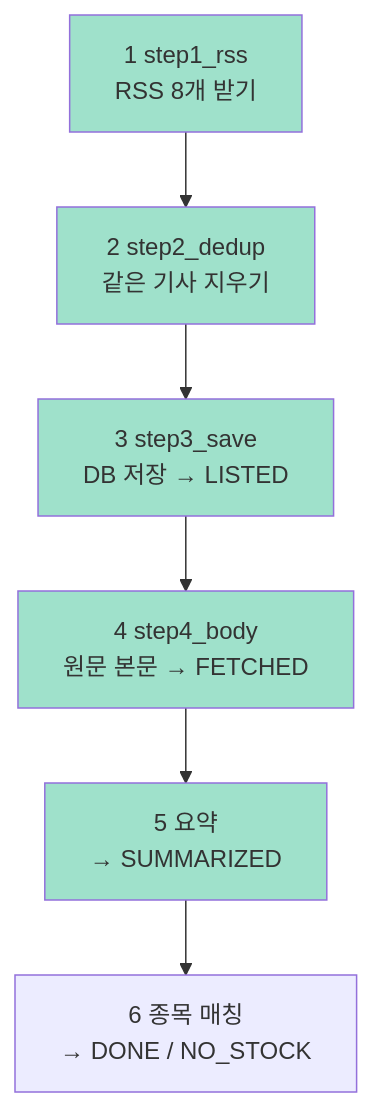
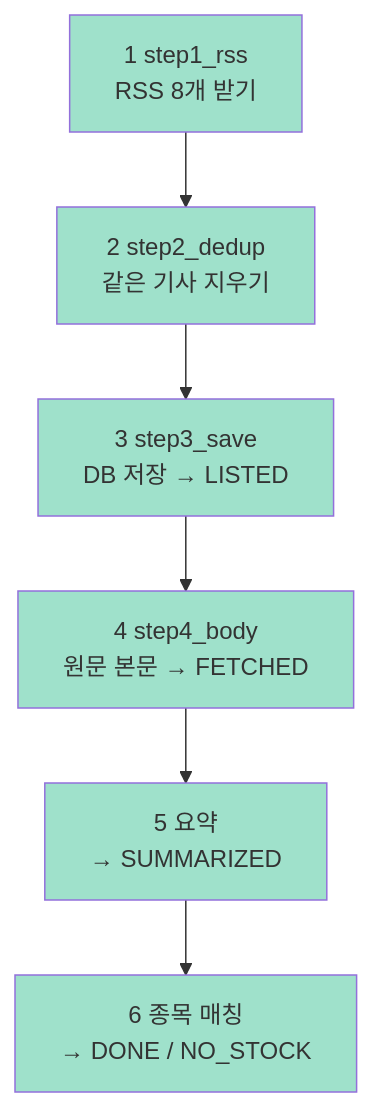
Before and after one commit to hk-finance-team2/stock-news-matching: the second of 2 diagrams in ai/docs/학습/00_전체그림.md, drawn with Mermaid. The commit also changed other lines of this file and 8 other files, not shown here.

````diff
--- a/ai/docs/학습/00_전체그림.md
+++ b/ai/docs/학습/00_전체그림.md
@@ -29,13 +29,14 @@
 ```mermaid
 flowchart TD
     A[1 step1_rss<br/>RSS 8개 받기] --> B[2 step2_dedup<br/>같은 기사 지우기]
     B --> C[3 step3_save<br/>DB 저장 → LISTED]
     C --> D[4 step4_body<br/>원문 본문 → FETCHED]
     D --> E[5 요약<br/>→ SUMMARIZED]
     E --> F[6 종목 매칭<br/>→ DONE / NO_STOCK]
     style A fill:#9FE1CB
     style B fill:#9FE1CB
     style C fill:#9FE1CB
     style D fill:#9FE1CB
     style E fill:#9FE1CB
+    style F fill:#9FE1CB
 ```
````
